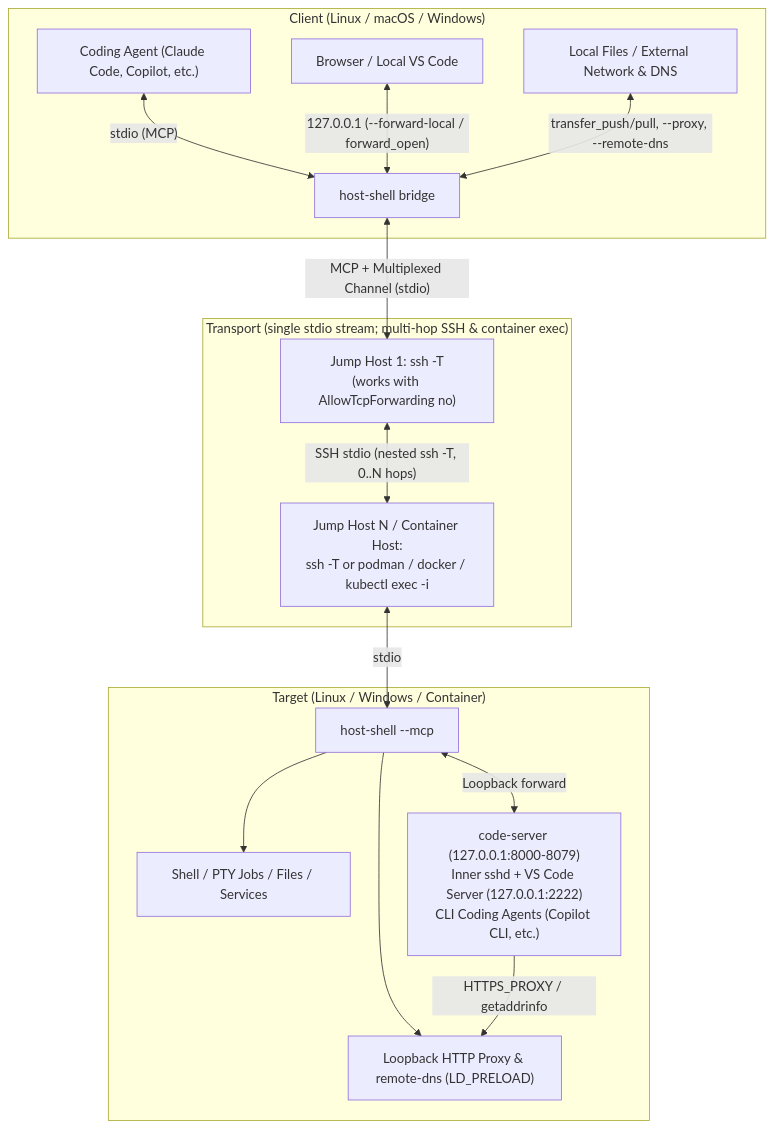
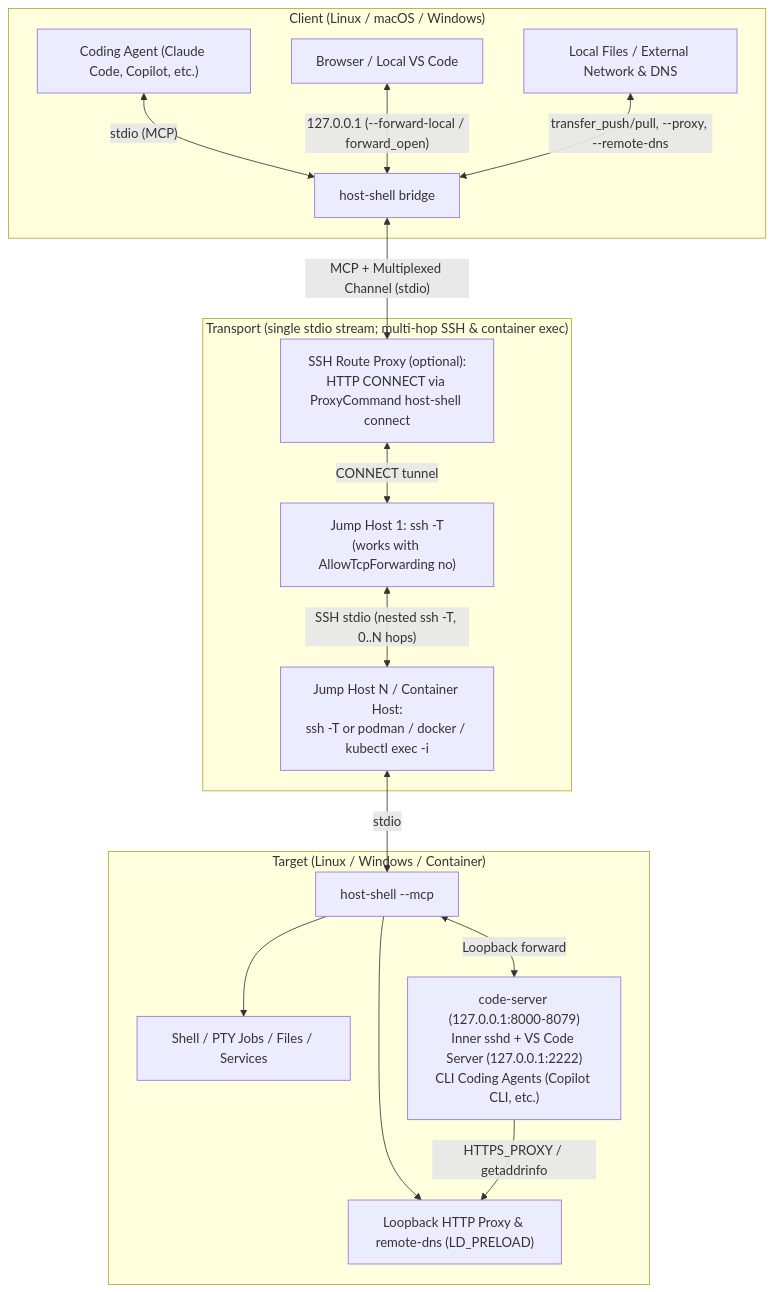
The first of 2 diagrams in README.md (Hondarer/host-shell-mcp), drawn with Mermaid before and after one commit. The commit also changed other lines of this file and 40 other files, not shown here.

First line of the commit message:
feat: add host-shell connect for SSH route proxies

````diff
--- a/README.md
+++ b/README.md
@@ -33,32 +33,34 @@
 ```mermaid
 flowchart TB
     subgraph Client["Client (Linux / macOS / Windows)"]
         Agent["Coding Agent (Claude Code, Copilot, etc.)"]
         Browser["Browser / Local VS Code"]
         LocalRes["Local Files / External Network & DNS"]
         Bridge["host-shell bridge"]
         Agent <-->|"stdio (MCP)"| Bridge
         Browser <-->|"127.0.0.1 (--forward-local / forward_open)"| Bridge
         LocalRes <-->|"transfer_push/pull, --proxy, --remote-dns"| Bridge
     end
 
     subgraph Route["Transport (single stdio stream; multi-hop SSH & container exec)"]
+        RouteProxy["SSH Route Proxy (optional):<br/>HTTP CONNECT via ProxyCommand host-shell connect"]
         Hop1["Jump Host 1: ssh -T<br/>(works with AllowTcpForwarding no)"]
+        RouteProxy <-->|"CONNECT tunnel"| Hop1
         HopN["Jump Host N / Container Host:<br/>ssh -T or podman / docker / kubectl exec -i"]
         Hop1 <-->|"SSH stdio (nested ssh -T, 0..N hops)"| HopN
     end
 
     subgraph Target["Target (Linux / Windows / Container)"]
         HS["host-shell --mcp"]
         OS["Shell / PTY Jobs / Files / Services"]
         ProxyDNS["Loopback HTTP Proxy & remote-dns (LD_PRELOAD)"]
         IDEs["code-server (127.0.0.1:8000-8079)<br/>Inner sshd + VS Code Server (127.0.0.1:2222)<br/>CLI Coding Agents (Copilot CLI, etc.)"]
         HS --> OS
         HS --> ProxyDNS
         HS <-->|"Loopback forward"| IDEs
         IDEs -->|"HTTPS_PROXY / getaddrinfo"| ProxyDNS
     end
 
-    Bridge <-->|"MCP + Multiplexed Channel (stdio)"| Hop1
+    Bridge <-->|"MCP + Multiplexed Channel (stdio)"| RouteProxy
     HopN <-->|"stdio"| HS
 ```
````
